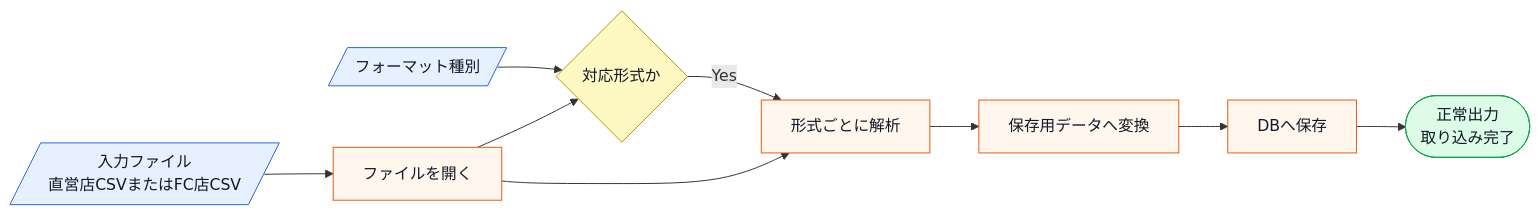
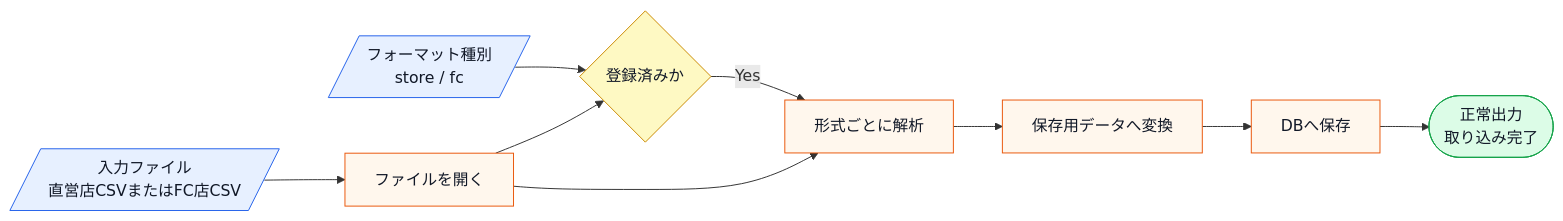
One commit to kumachan1101-pixel/DesignPattern changed the first of 10 diagrams in kindle/design-patterns/output/chapter04.md. Above: the diagram before and after it, drawn with Mermaid. The commit also changed other lines of this file and 1 other file, not shown here.

````diff
--- a/kindle/design-patterns/output/chapter04.md
+++ b/kindle/design-patterns/output/chapter04.md
@@ -58,16 +57,16 @@
 ```mermaid
 flowchart LR
     A[/入力ファイル<br>直営店CSVまたはFC店CSV/]:::input --> E[ファイルを開く]:::process
-    C[/フォーマット種別/]:::input --> D{対応形式か}:::decision
+    C[/フォーマット種別<br>store / fc/]:::input --> D{登録済みか}:::decision
     E --> D
     D -->|Yes| F[形式ごとに解析]:::process
     E --> F
     F --> G[保存用データへ変換]:::process
     G --> S[DBへ保存]:::process
     S --> H([正常出力<br>取り込み完了]):::normal
 
     classDef input fill:#e7f0ff,stroke:#2563eb,color:#111827;
     classDef process fill:#fff7ed,stroke:#ea580c,color:#111827;
     classDef decision fill:#fef9c3,stroke:#ca8a04,color:#111827;
     classDef normal fill:#dcfce7,stroke:#16a34a,color:#111827;
 ```
````
